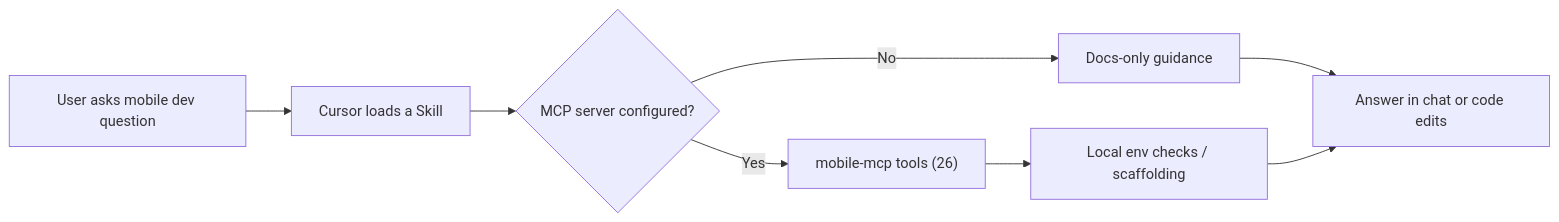
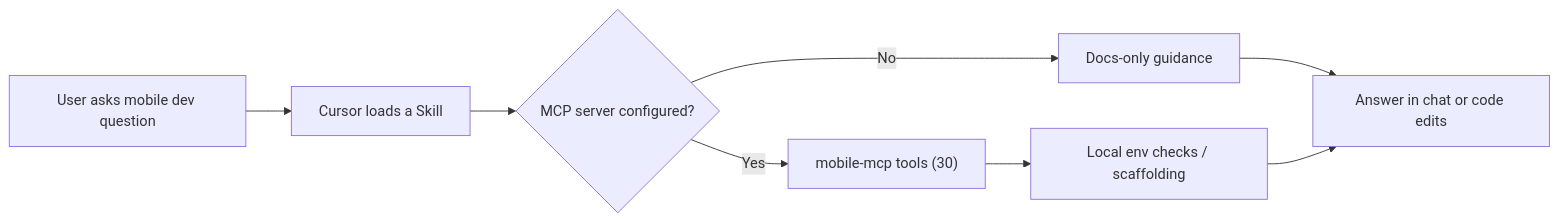
The diagram in README.md (TMHSDigital/Mobile-App-Developer-Tools), drawn with Mermaid before and after one commit. The commit also changed other lines of this file and 18 other files, not shown here.

First line of the commit message:
v0.10.0: Harden - 5 skills, 1 rule, 4 MCP tools

````diff
--- a/README.md
+++ b/README.md
@@ -60,10 +60,10 @@
 ```mermaid
 flowchart LR
     A[User asks mobile dev question] --> B[Cursor loads a Skill]
     B --> C{MCP server configured?}
-    C -->|Yes| D["mobile-mcp tools (26)"]
+    C -->|Yes| D["mobile-mcp tools (30)"]
     C -->|No| E[Docs-only guidance]
     D --> F[Local env checks / scaffolding]
     E --> G[Answer in chat or code edits]
     F --> G
 ```
````
